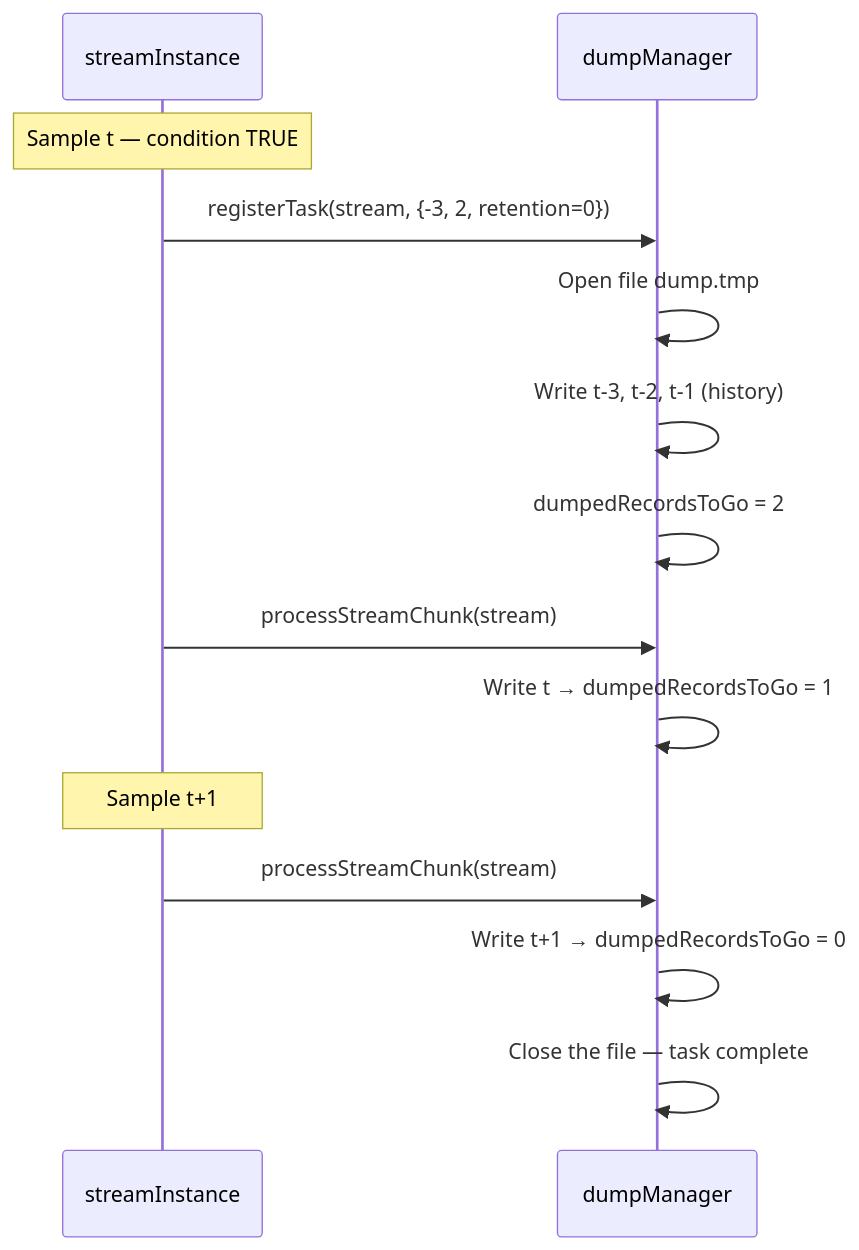
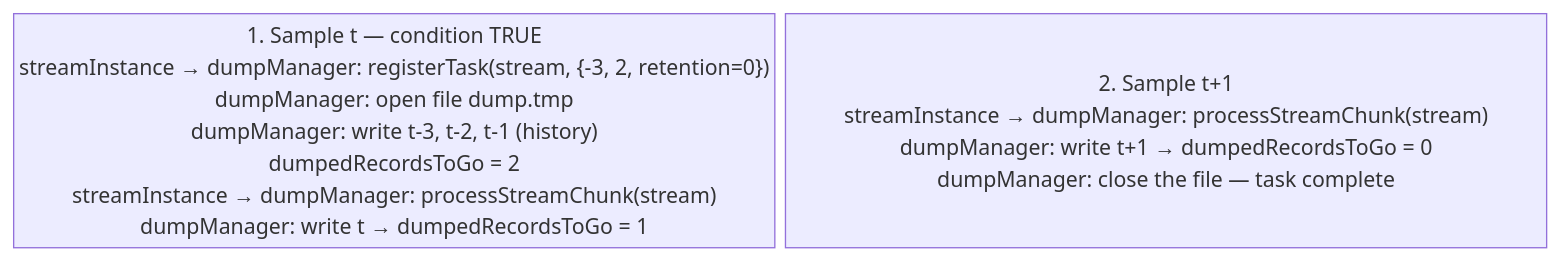
Before and after one commit to michalwidera/documentation-rdb: the third of 4 diagrams in query-execution/alerting-implementation.md, drawn with Mermaid. The commit also changed 11 other files, not shown here.

````diff
--- a/query-execution/alerting-implementation.md
+++ b/query-execution/alerting-implementation.md
@@ -110,19 +110,9 @@
 ```mermaid
+%% pdf-width: 85%
+%% pdf-height: 45%
 %%{init: {"markdownAutoWrap": false}}%%
-sequenceDiagram
-    participant SI as streamInstance
-    participant DM as dumpManager
-
-    note over SI: Sample t — condition TRUE
-    SI->>DM: registerTask(stream, {-3, 2, retention=0})
-    DM->>DM: Open file dump.tmp
-    DM->>DM: Write t-3, t-2, t-1 (history)
-    DM->>DM: dumpedRecordsToGo = 2
-    SI->>DM: processStreamChunk(stream)
-    DM->>DM: Write t → dumpedRecordsToGo = 1
-
-    note over SI: Sample t+1
-    SI->>DM: processStreamChunk(stream)
-    DM->>DM: Write t+1 → dumpedRecordsToGo = 0
-    DM->>DM: Close the file — task complete
+block-beta
+    columns 2
+    T["1. Sample t — condition TRUE<br/>streamInstance → dumpManager: registerTask(stream, {-3, 2, retention=0})<br/>dumpManager: open file dump.tmp<br/>dumpManager: write t-3, t-2, t-1 (history)<br/>dumpedRecordsToGo = 2<br/>streamInstance → dumpManager: processStreamChunk(stream)<br/>dumpManager: write t → dumpedRecordsToGo = 1"]
+    T1["2. Sample t+1<br/>streamInstance → dumpManager: processStreamChunk(stream)<br/>dumpManager: write t+1 → dumpedRecordsToGo = 0<br/>dumpManager: close the file — task complete"]
 ```
````
